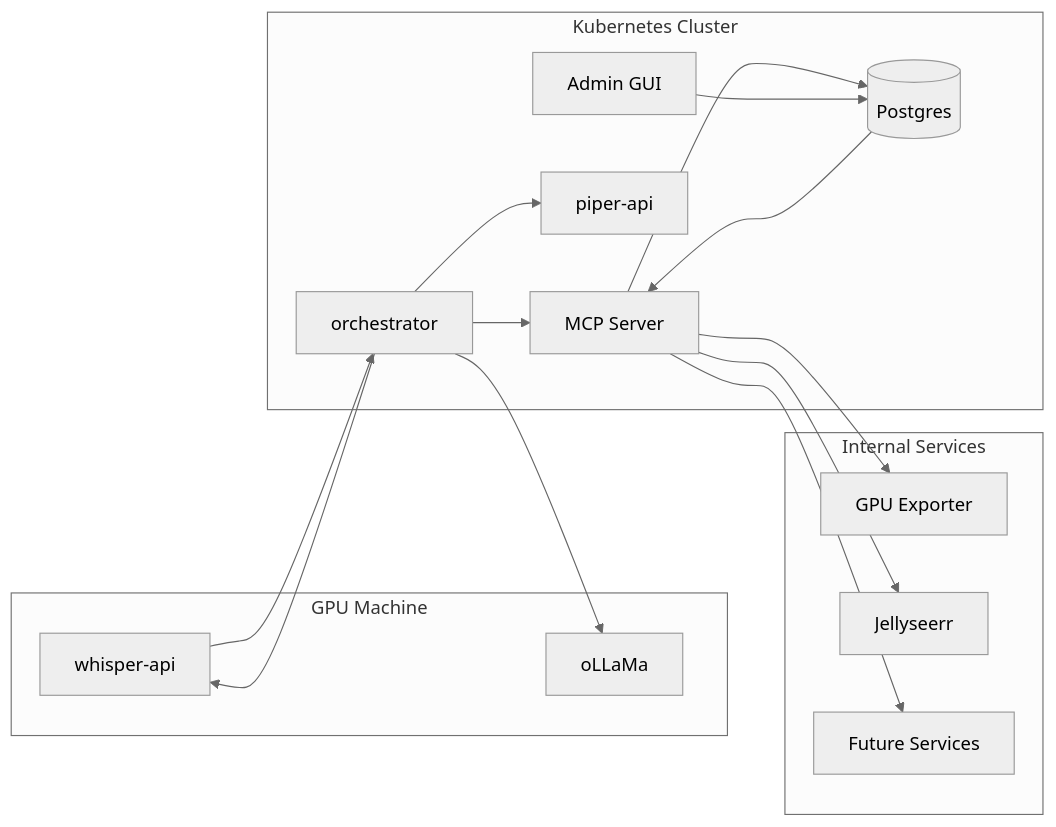
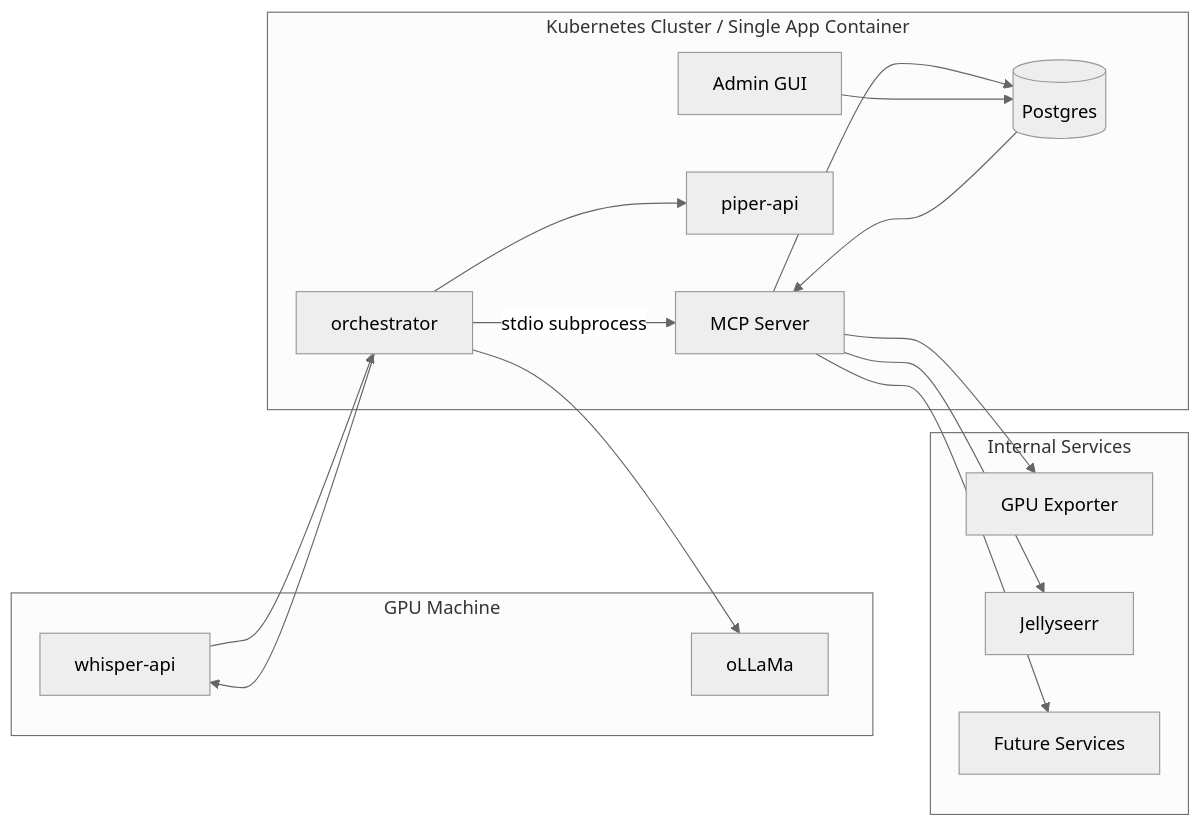
The second of 4 diagrams in docs/ARCHITECTURE.md (psyeo2/Clankassist), drawn with Mermaid (neutral theme) before and after one commit. The commit also changed other lines of this file, not shown here.

Commit message:
update architecture expectation

````diff
--- a/docs/ARCHITECTURE.md
+++ b/docs/ARCHITECTURE.md
@@ -51,34 +55,34 @@
 ```mermaid
 flowchart LR
 
 subgraph GPUHost["GPU Machine"]
   whisper[whisper-api]
   ollama[oLLaMa]
 end
 
-subgraph AppHost["Kubernetes Cluster"]
+subgraph AppHost["Kubernetes Cluster / Single App Container"]
   orchestrator[orchestrator]
   mcp[MCP Server]
   piper[piper-api]
   postgres[(Postgres)]
   admin[Admin GUI]
 end
 
 subgraph Services["Internal Services"]
   gpu[GPU Exporter]
   jelly[Jellyseerr]
   future[Future Services]
 end
 
 orchestrator --> whisper
 whisper --> orchestrator
 orchestrator --> ollama
-orchestrator --> mcp
+orchestrator -->|stdio subprocess| mcp
 mcp --> postgres
 postgres --> mcp
 orchestrator --> piper
 mcp --> gpu
 mcp --> jelly
 mcp --> future
 admin --> postgres
 ```
````
